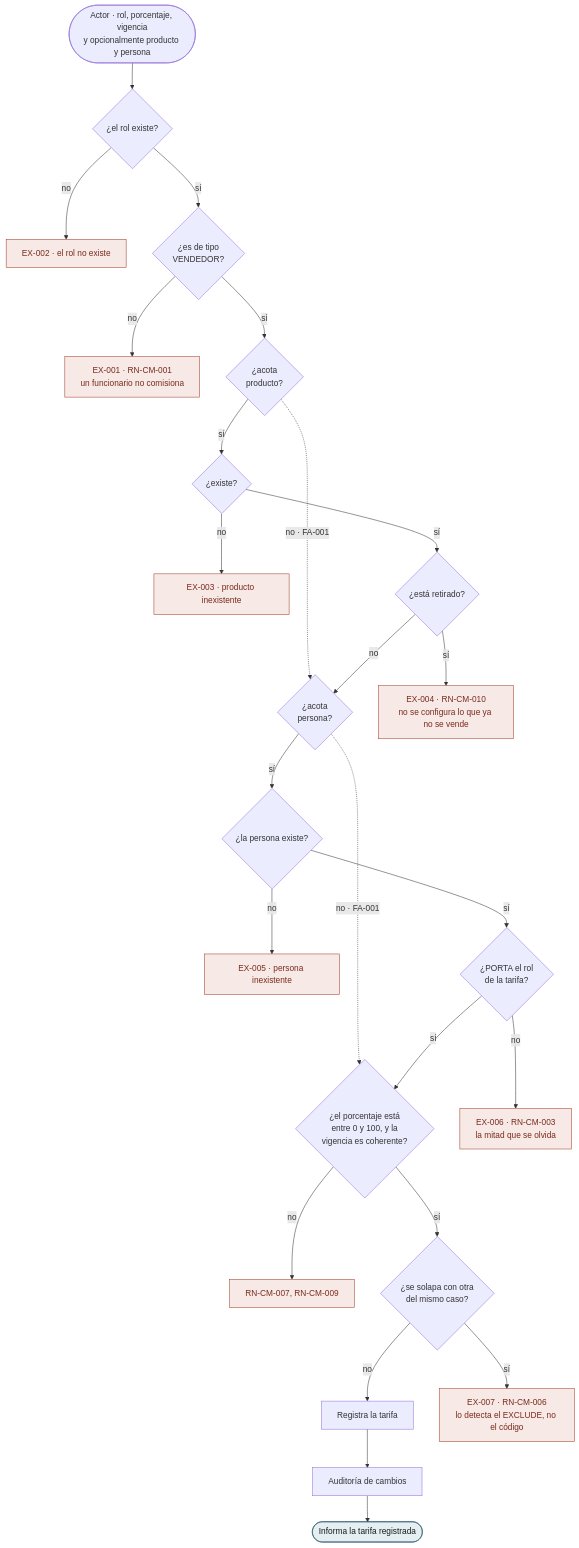
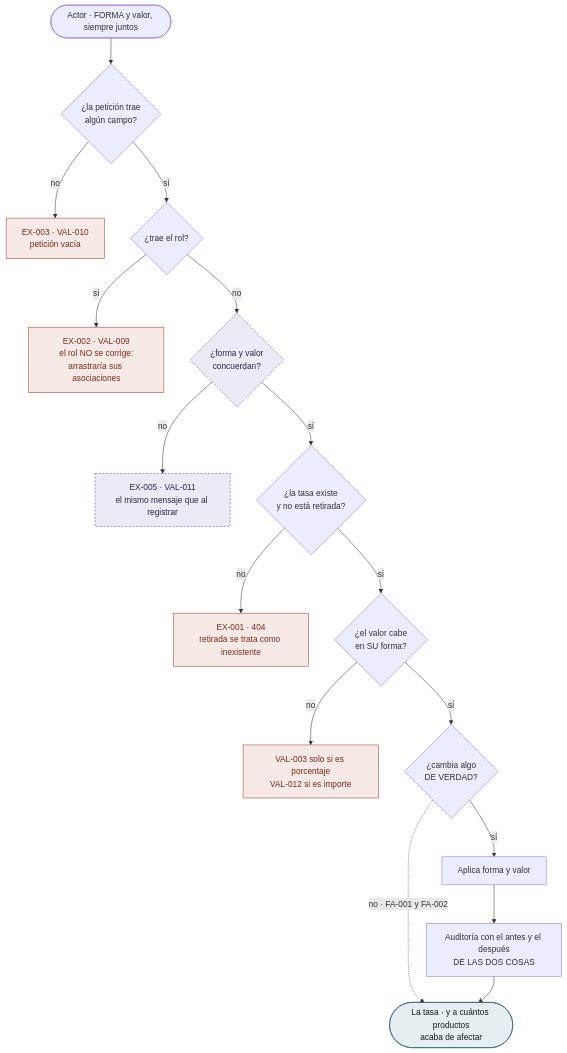
Before and after one commit to NexusPro-Dev/backend: the second of 10 diagrams in docs/flujos/cm/flujos-por-caso.md, drawn with Mermaid. The commit also changed other lines of this file and 63 other files, not shown here.

First line of the commit message:
feat(cm): la comision se declara en porcentaje o en valor fijo

````diff
--- a/docs/flujos/cm/flujos-por-caso.md
+++ b/docs/flujos/cm/flujos-por-caso.md
@@ -42,32 +87,26 @@
 ```mermaid
 flowchart TD
-    A(["Actor · rol, porcentaje, vigencia<br/>y opcionalmente producto y persona"])
-    A --> V1{"¿el rol existe?"}
-    V1 -->|no| E2["EX-002 · el rol no existe"]
-    V1 -->|sí| V2{"¿es de tipo<br/>VENDEDOR?"}
-    V2 -->|no| E1["EX-001 · RN-CM-001<br/>un funcionario no comisiona"]
-    V2 -->|sí| D1{"¿acota<br/>producto?"}
-    D1 -.->|"no · FA-001"| D2
-    D1 -->|sí| V3{"¿existe?"}
-    V3 -->|no| E3["EX-003 · producto inexistente"]
-    V3 -->|sí| V4{"¿está retirado?"}
-    V4 -->|sí| E4["EX-004 · RN-CM-010<br/>no se configura lo que ya no se vende"]
-    V4 -->|no| D2{"¿acota<br/>persona?"}
-    D2 -.->|"no · FA-001"| V7
-    D2 -->|sí| V5{"¿la persona existe?"}
-    V5 -->|no| E5["EX-005 · persona inexistente"]
-    V5 -->|sí| V6{"¿PORTA el rol<br/>de la tarifa?"}
-    V6 -->|no| E6["EX-006 · RN-CM-003<br/>la mitad que se olvida"]
-    V6 -->|sí| V7{"¿el porcentaje está<br/>entre 0 y 100, y la<br/>vigencia es coherente?"}
-    V7 -->|no| E0["RN-CM-007, RN-CM-009"]
-    V7 -->|sí| V8{"¿se solapa con otra<br/>del mismo caso?"}
-    V8 -->|no| P1["Registra la tarifa"]
-    V8 -->|sí| E7["EX-007 · RN-CM-006<br/>lo detecta el EXCLUDE, no el código"]
-    P1 --> P2["Auditoría de cambios"]
-    P2 --> FIN(["Informa la tarifa registrada"])
+    A(["Actor · FORMA y valor, siempre juntos"])
+    A --> V1{"¿la petición trae<br/>algún campo?"}
+    V1 -->|no| E3["EX-003 · VAL-010<br/>petición vacía"]
+    V1 -->|sí| V2{"¿trae el rol?"}
+    V2 -->|sí| E2["EX-002 · VAL-009<br/>el rol NO se corrige:<br/>arrastraría sus asociaciones"]
+    V2 -->|no| V0{"¿forma y valor<br/>concuerdan?"}
+    V0 -->|no| E5["EX-005 · VAL-011<br/>el mismo mensaje que al registrar"]
+    V0 -->|sí| V3{"¿la tasa existe<br/>y no está retirada?"}
+    V3 -->|no| E1["EX-001 · 404<br/>retirada se trata como inexistente"]
+    V3 -->|sí| V4{"¿el valor cabe<br/>en SU forma?"}
+    V4 -->|no| E4["VAL-003 solo si es porcentaje<br/>VAL-012 si es importe"]
+    V4 -->|sí| D1{"¿cambia algo<br/>DE VERDAD?"}
+    D1 -.->|"no · FA-001 y FA-002"| FIN
+    D1 -->|sí| P1["Aplica forma y valor"]
+    P1 --> P2["Auditoría con el antes y el después<br/>DE LAS DOS COSAS"]
+    P2 --> FIN(["La tasa · y a cuántos productos<br/>acaba de afectar"])
 
     classDef ex fill:#F7E9E5,stroke:#A33B2A,color:#7A2B1E
     classDef ok fill:#E5EEF0,stroke:#2D5A6B,color:#141B1E
-    class E0,E1,E2,E3,E4,E5,E6,E7 ex
+    classDef nuevo fill:#EDE9F7,stroke:#5B4A8A,color:#2E2547,stroke-dasharray: 4 3
+    class E1,E2,E3,E4 ex
     class FIN ok
+    class V0,E5 nuevo
 ```
````
